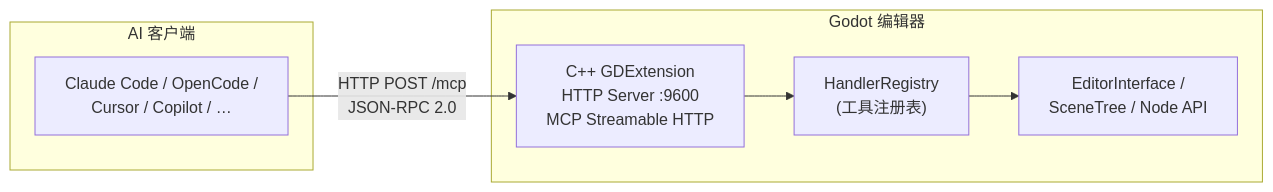
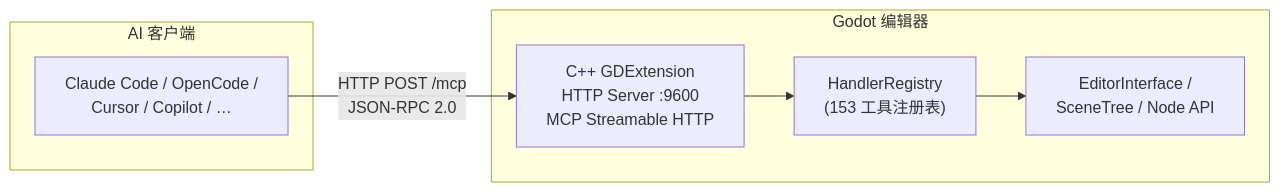
Before and after one commit to jesspig/GodotMCP-GDExtension: the diagram in README-zh.md, drawn with Mermaid. The commit also changed other lines of this file and 30 other files, not shown here.

````diff
--- a/README-zh.md
+++ b/README-zh.md
@@ -13,16 +13,16 @@
 ```mermaid
 graph LR
     subgraph AI["AI 客户端"]
         Client["Claude Code / OpenCode /<br/>Cursor / Copilot / …"]
     end
 
     subgraph GodotProc["Godot 编辑器"]
         HTTP["C++ GDExtension<br/>HTTP Server :9600<br/>MCP Streamable HTTP"]
-        Registry["HandlerRegistry<br/>(工具注册表)"]
+        Registry["HandlerRegistry<br/>(153 工具注册表)"]
         Editor["EditorInterface /<br/>SceneTree / Node API"]
     end
 
     Client -->|HTTP POST /mcp<br/>JSON-RPC 2.0| HTTP
     HTTP --> Registry
     Registry --> Editor
 ```
````
